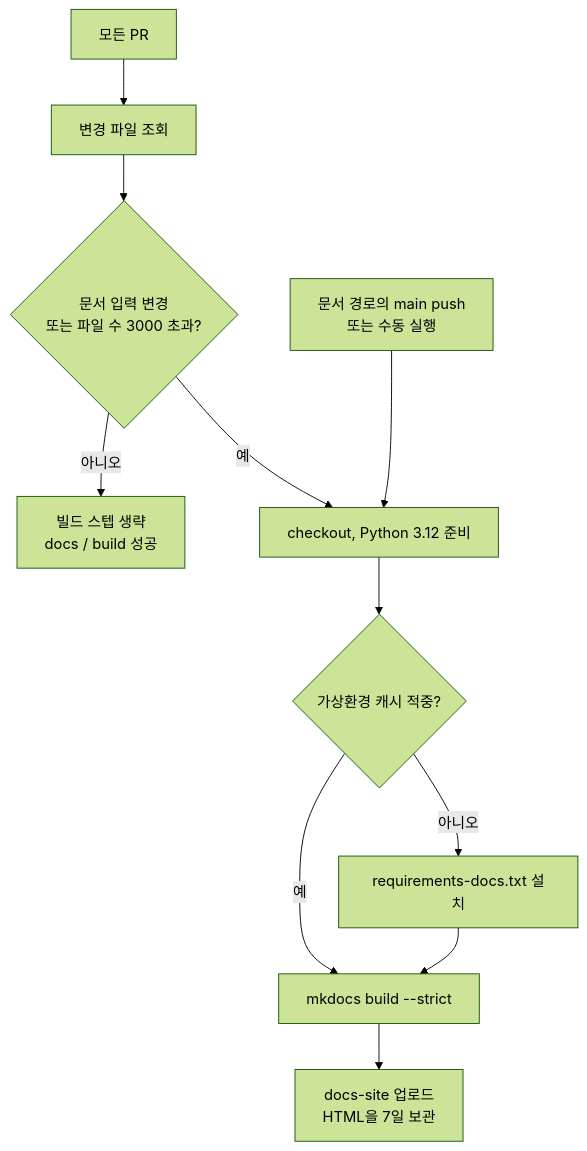
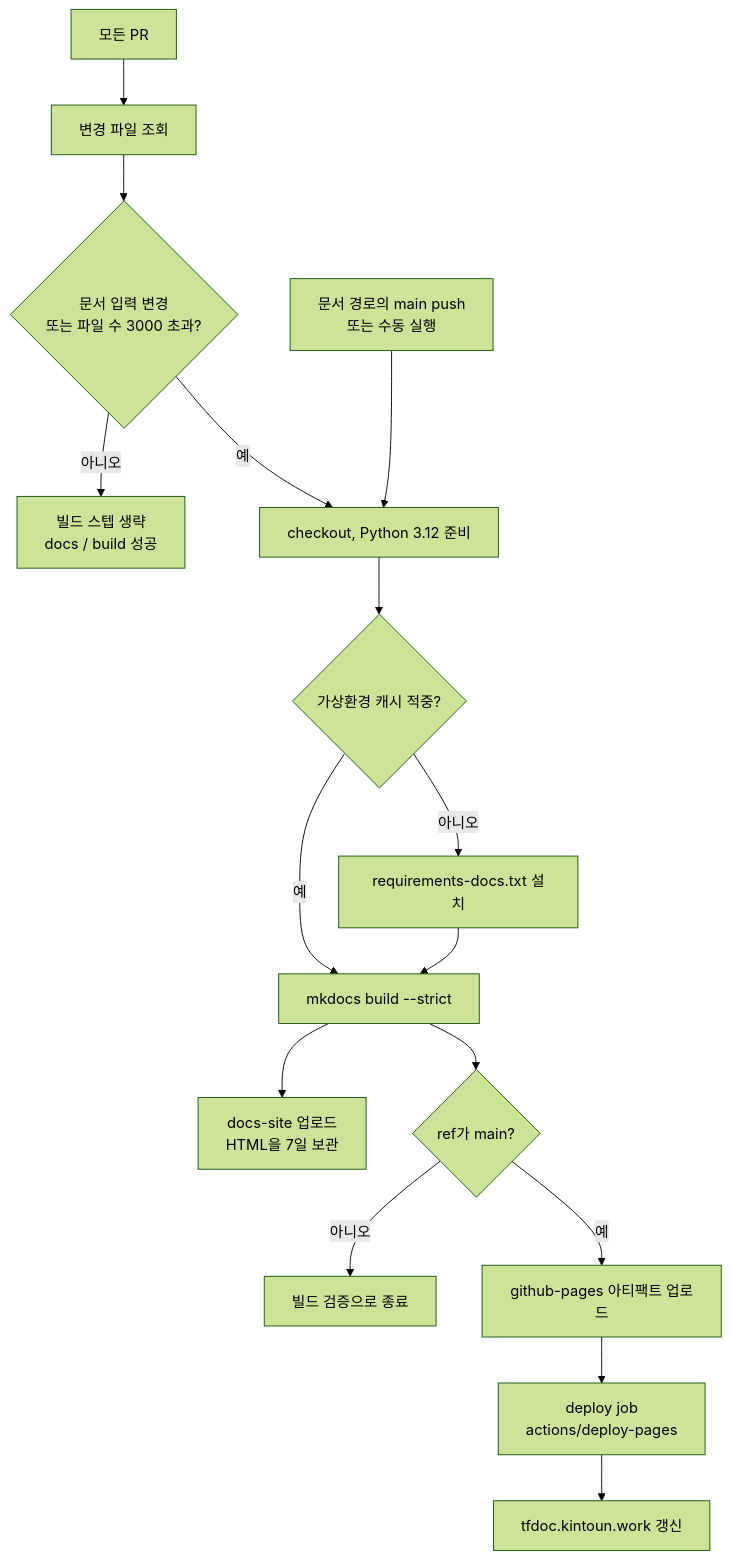
Before and after one commit to kintoun-secops/kintoun-infra: the diagram in docs/ci/docs.md, drawn with Mermaid (forest theme). The commit also changed other lines of this file and 4 other files, not shown here.

First line of the commit message:
ci(.github): 문서 사이트를 GitHub Pages 로 배포합니다

````diff
--- a/docs/ci/docs.md
+++ b/docs/ci/docs.md
@@ -8,13 +8,18 @@
 ```mermaid
 flowchart TD
     PR["모든 PR"] --> Detect["변경 파일 조회"]
     Detect --> Changed{"문서 입력 변경<br/>또는 파일 수 3000 초과?"}
     Changed -->|아니오| Skip["빌드 스텝 생략<br/>docs / build 성공"]
     Changed -->|예| Setup["checkout, Python 3.12 준비"]
     Main["문서 경로의 main push<br/>또는 수동 실행"] --> Setup
     Setup --> Cache{"가상환경 캐시 적중?"}
     Cache -->|예| Build["mkdocs build --strict"]
     Cache -->|아니오| Install["requirements-docs.txt 설치"]
     Install --> Build
     Build --> Artifact["docs-site 업로드<br/>HTML을 7일 보관"]
+    Build --> Ref{"ref가 main?"}
+    Ref -->|아니오| Verify["빌드 검증으로 종료"]
+    Ref -->|예| Upload["github-pages 아티팩트 업로드"]
+    Upload --> Deploy["deploy job<br/>actions/deploy-pages"]
+    Deploy --> Site["tfdoc.kintoun.work 갱신"]
 ```
````
